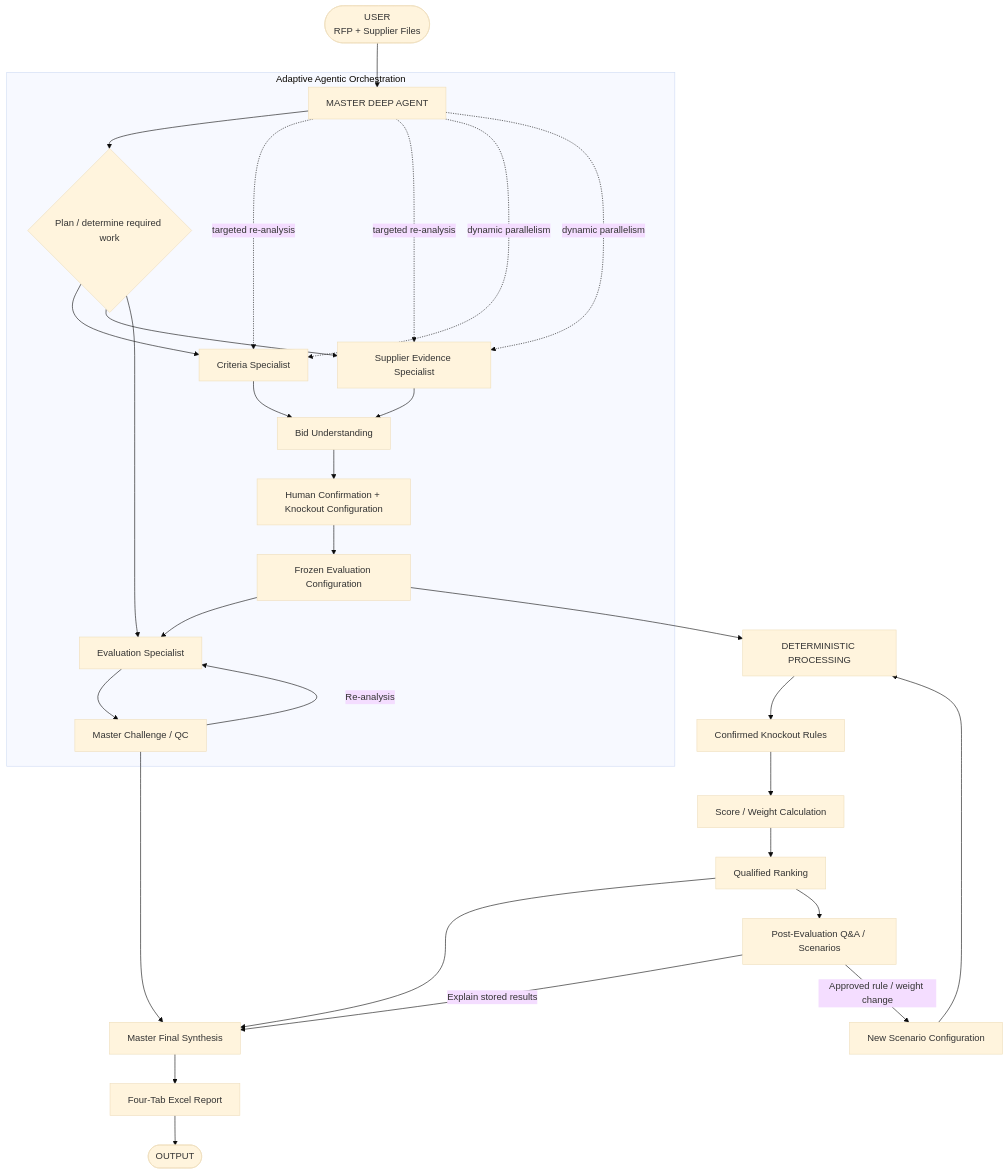
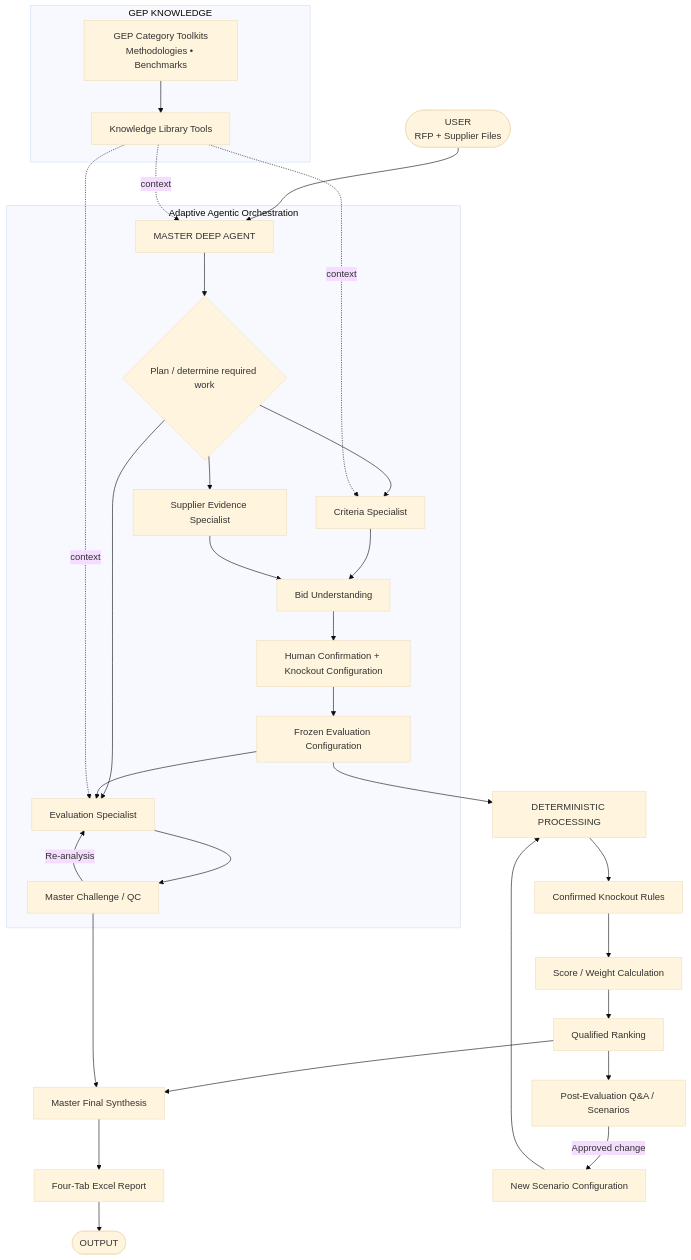
One commit to adityarane-ai/Agentic-Orchestrations changed the diagram in Bid Analysis Agent/README.md. Above: the diagram before and after it, drawn with Mermaid (base theme). The commit also changed other lines of this file, not shown here.

Commit message:
Finalize V1.3 README with GEP knowledge architecture

````diff
--- a/Bid Analysis Agent/README.md
+++ b/Bid Analysis Agent/README.md
@@ -51,37 +47,41 @@
 ```mermaid
 flowchart TB
     U([USER<br/>RFP + Supplier Files]) --> M[MASTER DEEP AGENT]
 
     subgraph AGENT[Adaptive Agentic Orchestration]
         M --> P{Plan / determine required work}
         P --> C[Criteria Specialist]
         P --> S[Supplier Evidence Specialist]
         P --> E[Evaluation Specialist]
         C --> B[Bid Understanding]
         S --> B
         B --> H[Human Confirmation + Knockout Configuration]
         H --> CFG[Frozen Evaluation Configuration]
         CFG --> E
         E --> QC[Master Challenge / QC]
         QC -->|Re-analysis| E
     end
 
+    subgraph KNOW[GEP KNOWLEDGE]
+        K[GEP Category Toolkits<br/>Methodologies • Benchmarks]
+        KT[Knowledge Library Tools]
+        K --> KT
+    end
+
+    KT -. context .-> M
+    KT -. context .-> C
+    KT -. context .-> E
+
     CFG --> D[DETERMINISTIC PROCESSING]
-    D --> K[Confirmed Knockout Rules]
-    K --> SCORE[Score / Weight Calculation]
+    D --> KO[Confirmed Knockout Rules]
+    KO --> SCORE[Score / Weight Calculation]
     SCORE --> RANK[Qualified Ranking]
     RANK --> SYN[Master Final Synthesis]
     QC --> SYN
     SYN --> REPORT[Four-Tab Excel Report]
     REPORT --> OUT([OUTPUT])
 
     RANK --> QA[Post-Evaluation Q&A / Scenarios]
-    QA -->|Explain stored results| SYN
-    QA -->|Approved rule / weight change| CFG2[New Scenario Configuration]
-    CFG2 --> D
-
-    M -. targeted re-analysis .-> C
-    M -. targeted re-analysis .-> S
-    M -. dynamic parallelism .-> C
-    M -. dynamic parallelism .-> S
+    QA -->|Approved change| SCEN[New Scenario Configuration]
+    SCEN --> D
 ```
````
